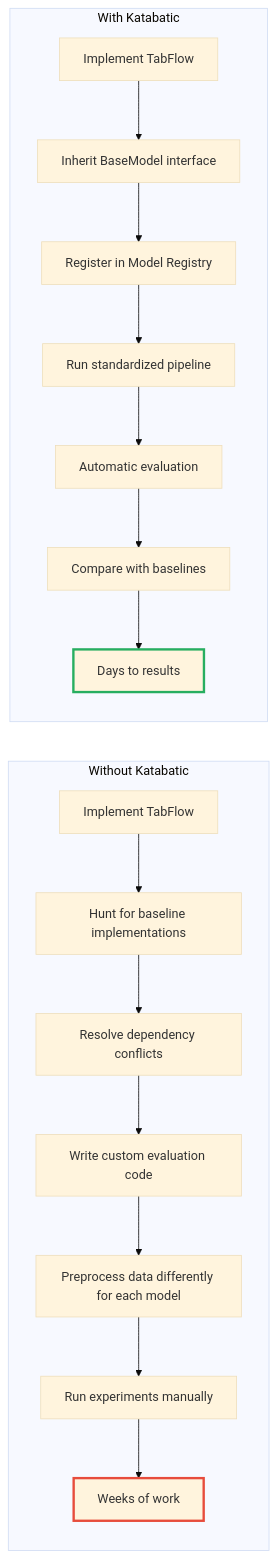
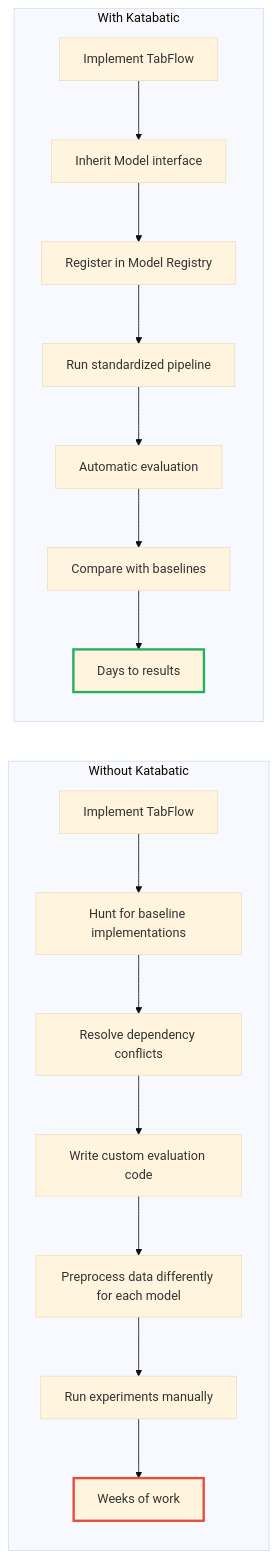
The second of 5 diagrams in APPLICATIONS.md (datascience-works/Katabatic), drawn with Mermaid (base theme) before and after one commit. The commit also changed other lines of this file and 401 other files, not shown here.

````diff
--- a/APPLICATIONS.md
+++ b/APPLICATIONS.md
@@ -143,23 +143,23 @@
 ```mermaid
 flowchart LR
     subgraph "Without Katabatic"
         A1[Implement TabFlow] --> B1[Hunt for baseline implementations]
         B1 --> C1[Resolve dependency conflicts]
         C1 --> D1[Write custom evaluation code]
         D1 --> E1[Preprocess data differently for each model]
         E1 --> F1[Run experiments manually]
         F1 --> G1[Weeks of work]
     end
 
     subgraph "With Katabatic"
-        A2[Implement TabFlow] --> B2[Inherit BaseModel interface]
+        A2[Implement TabFlow] --> B2[Inherit Model interface]
         B2 --> C2[Register in Model Registry]
         C2 --> D2[Run standardized pipeline]
         D2 --> E2[Automatic evaluation]
         E2 --> F2[Compare with baselines]
         F2 --> G2[Days to results]
     end
 
     style G1 stroke:#e74c3c,stroke-width:3px
     style G2 stroke:#27ae60,stroke-width:3px
 ```
````
